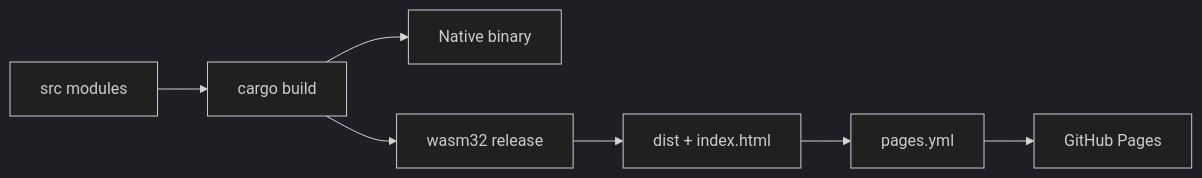
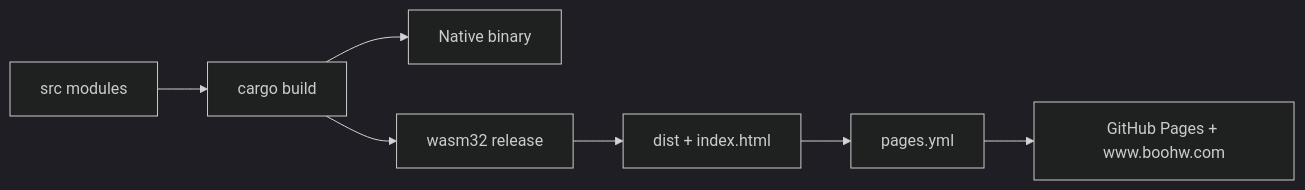
The third of 3 diagrams in README.md (nontechit/StarCrusher), drawn with Mermaid (dark theme) before and after one commit. The commit also changed other lines of this file and 11 other files, not shown here.

````diff
--- a/README.md
+++ b/README.md
@@ -250,17 +261,17 @@
 ```mermaid
 flowchart LR
     srcDir["src modules"]
     cargo["cargo build"]
     native["Native binary"]
     wasm["wasm32 release"]
     dist["dist + index.html"]
     gha["pages.yml"]
-    pages["GitHub Pages"]
+    pages["GitHub Pages + www.boohw.com"]
 
     srcDir --> cargo
     cargo --> native
     cargo --> wasm
     wasm --> dist
     dist --> gha
     gha --> pages
 ```
````
